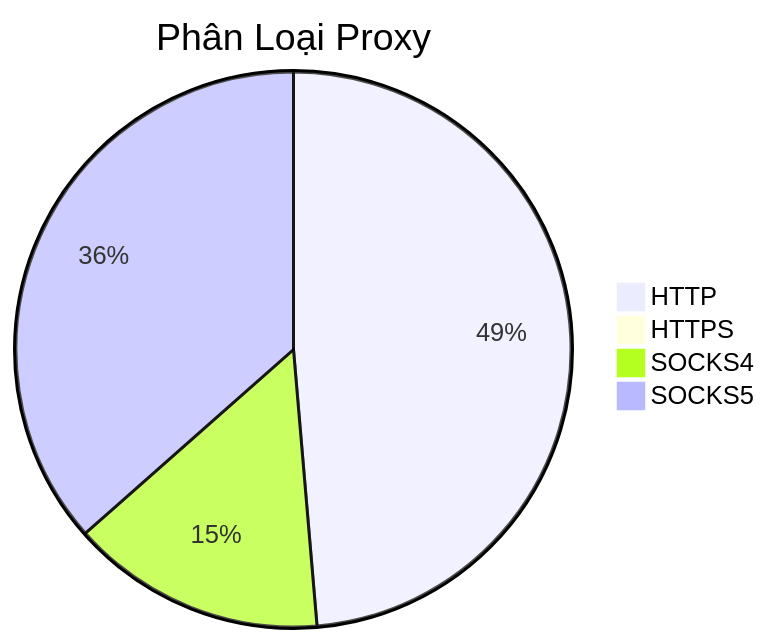
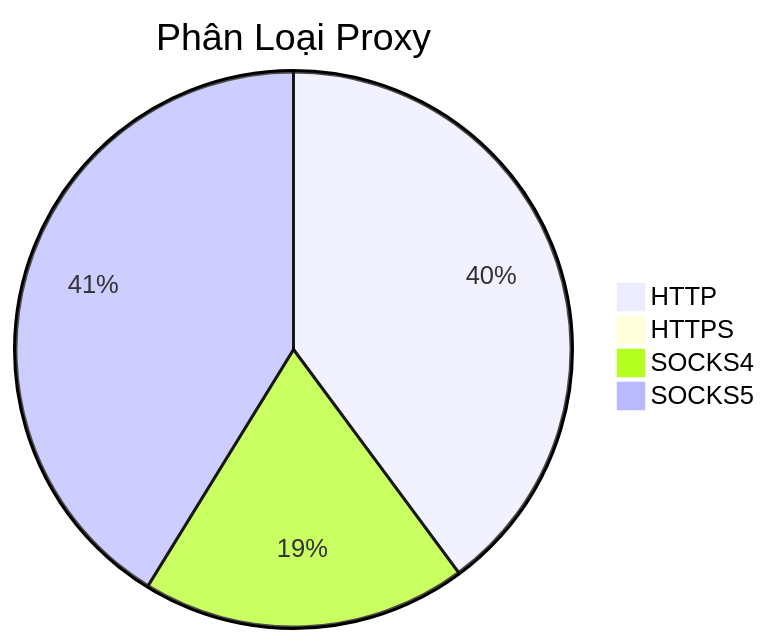
Before and after one commit to Ciara-Aa/PROXY-free: the diagram in README.md, drawn with Mermaid. The commit also changed other lines of this file and 4 other files, not shown here.

````diff
--- a/README.md
+++ b/README.md
@@ -26,7 +26,7 @@
 ```mermaid
 pie title Phân Loại Proxy
-    "HTTP" : 954
-    "HTTPS" : 4
-    "SOCKS4" : 291
-    "SOCKS5" : 716
+    "HTTP" : 615
+    "HTTPS" : 6
+    "SOCKS4" : 292
+    "SOCKS5" : 636
 ```
````
